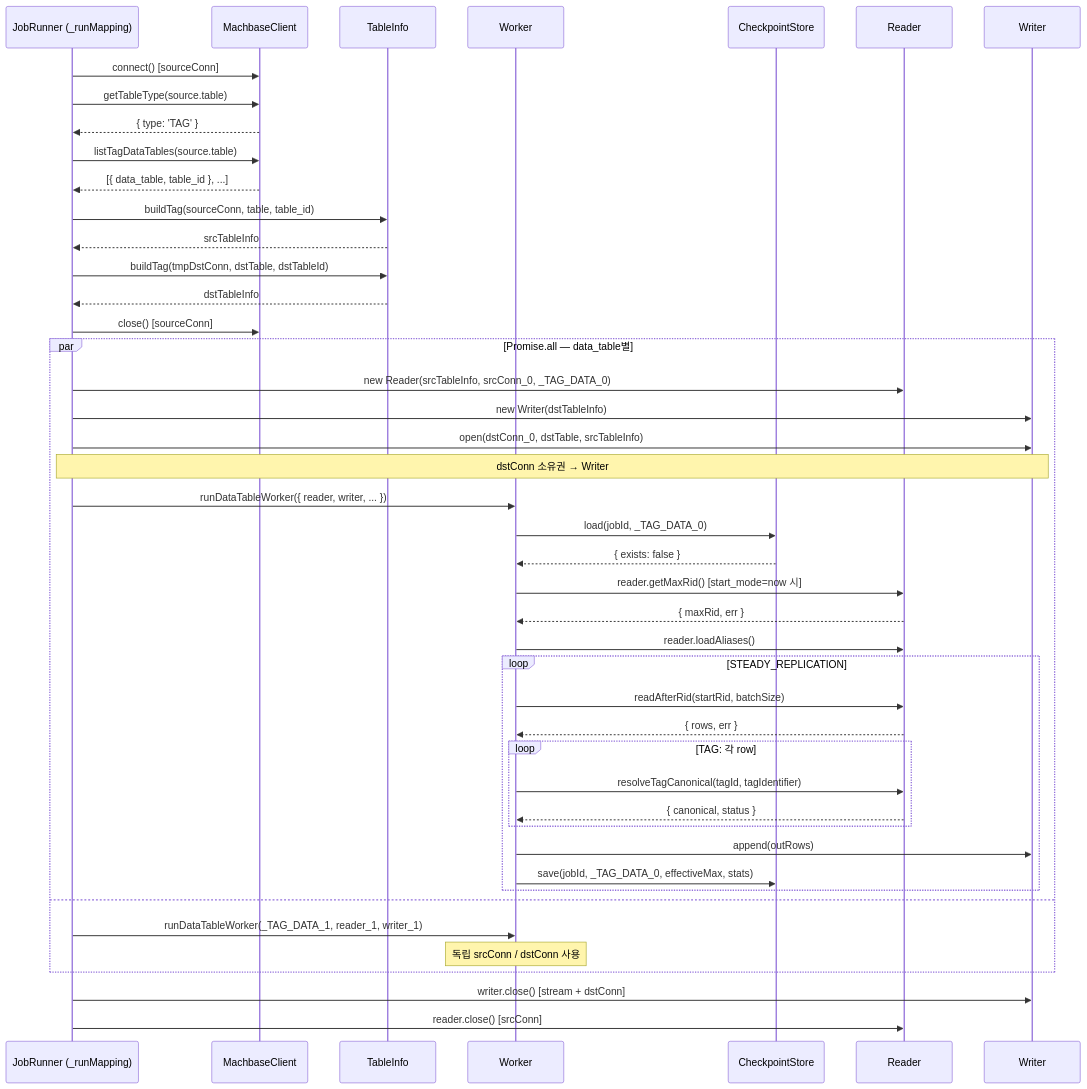
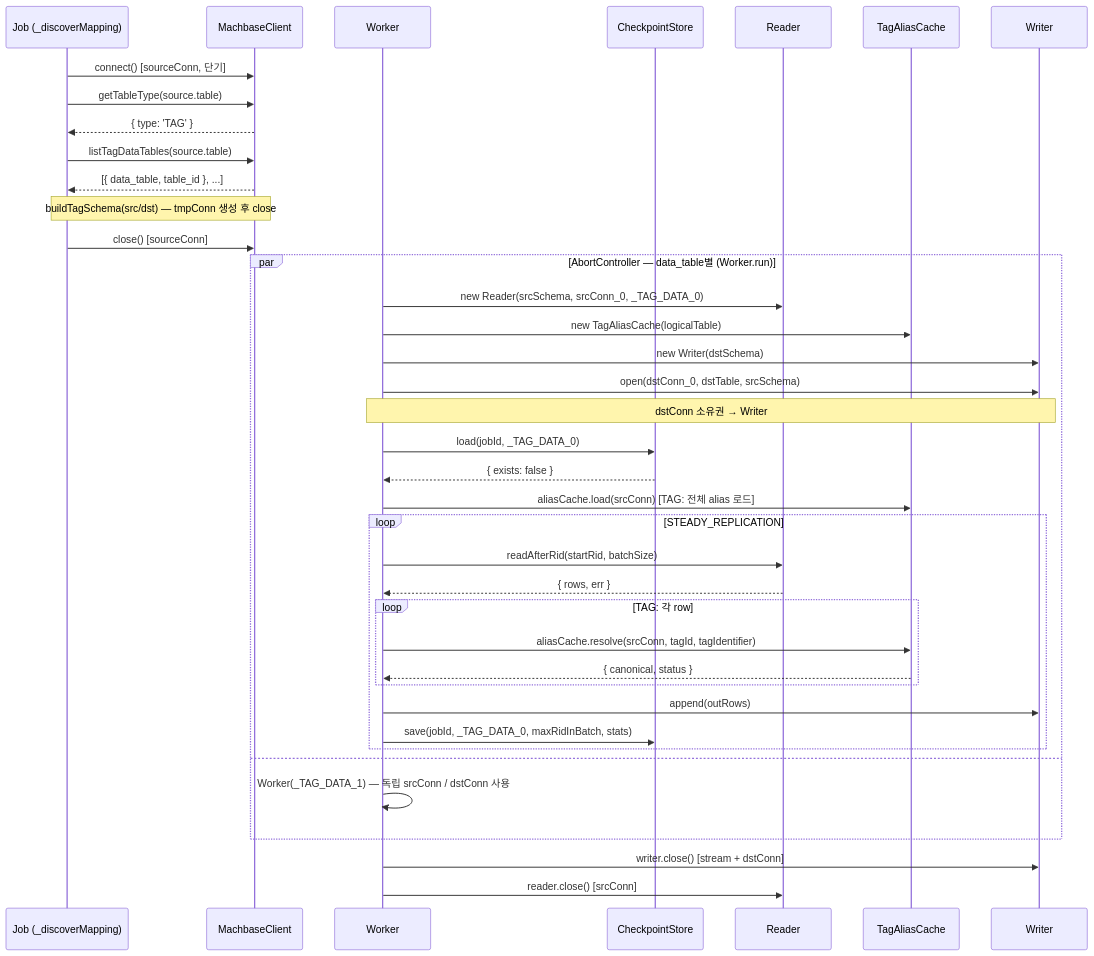
The fourth of 4 diagrams in docs/PROJECT.md (machbase/neo-pkg-replication), drawn with Mermaid before and after one commit. The commit also changed other lines of this file and 3 other files, not shown here.

````diff
--- a/docs/PROJECT.md
+++ b/docs/PROJECT.md
@@ -1013,52 +985,46 @@
 ```mermaid
 sequenceDiagram
-    participant JR as JobRunner (_runMapping)
+    participant Job as Job (_discoverMapping)
     participant MC as MachbaseClient
-    participant TI as TableInfo
     participant W as Worker
     participant CP as CheckpointStore
     participant R as Reader
+    participant AC as TagAliasCache
     participant WR as Writer
 
-    JR->>MC: connect() [sourceConn]
-    JR->>MC: getTableType(source.table)
-    MC-->>JR: { type: 'TAG' }
-    JR->>MC: listTagDataTables(source.table)
-    MC-->>JR: [{ data_table, table_id }, ...]
-    JR->>TI: buildTag(sourceConn, table, table_id)
-    TI-->>JR: srcTableInfo
-    JR->>TI: buildTag(tmpDstConn, dstTable, dstTableId)
-    TI-->>JR: dstTableInfo
-    JR->>MC: close() [sourceConn]
+    Job->>MC: connect() [sourceConn, 단기]
+    Job->>MC: getTableType(source.table)
+    MC-->>Job: { type: 'TAG' }
+    Job->>MC: listTagDataTables(source.table)
+    MC-->>Job: [{ data_table, table_id }, ...]
+    Note over Job,MC: buildTagSchema(src/dst) — tmpConn 생성 후 close
+    Job->>MC: close() [sourceConn]
 
-    par Promise.all — data_table별
-        JR->>R: new Reader(srcTableInfo, srcConn_0, _TAG_DATA_0)
-        JR->>WR: new Writer(dstTableInfo)
-        JR->>WR: open(dstConn_0, dstTable, srcTableInfo)
-        Note over JR,WR: dstConn 소유권 → Writer
+    par AbortController — data_table별 (Worker.run)
+        W->>R: new Reader(srcSchema, srcConn_0, _TAG_DATA_0)
+        W->>AC: new TagAliasCache(logicalTable)
+        W->>WR: new Writer(dstSchema)
+        W->>WR: open(dstConn_0, dstTable, srcSchema)
+        Note over W,WR: dstConn 소유권 → Writer
 
-        JR->>W: runDataTableWorker({ reader, writer, ... })
         W->>CP: load(jobId, _TAG_DATA_0)
         CP-->>W: { exists: false }
-        W->>R: reader.getMaxRid() [start_mode=now 시]
-        R-->>W: { maxRid, err }
-        W->>R: reader.loadAliases()
+        W->>AC: aliasCache.load(srcConn) [TAG: 전체 alias 로드]
 
         loop STEADY_REPLICATION
             W->>R: readAfterRid(startRid, batchSize)
             R-->>W: { rows, err }
             loop TAG: 각 row
-                W->>R: resolveTagCanonical(tagId, tagIdentifier)
-                R-->>W: { canonical, status }
+                W->>AC: aliasCache.resolve(srcConn, tagId, tagIdentifier)
+                AC-->>W: { canonical, status }
             end
             W->>WR: append(outRows)
-            W->>CP: save(jobId, _TAG_DATA_0, effectiveMax, stats)
+            W->>CP: save(jobId, _TAG_DATA_0, maxRidInBatch, stats)
         end
     and
-        JR->>W: runDataTableWorker(_TAG_DATA_1, reader_1, writer_1)
-        Note over W: 독립 srcConn / dstConn 사용
+        W->>W: Worker(_TAG_DATA_1) — 독립 srcConn / dstConn 사용
     end
 
-    JR->>WR: writer.close() [stream + dstConn]
-    JR->>R: reader.close() [srcConn]
+    W->>WR: writer.close() [stream + dstConn]
+    W->>R: reader.close() [srcConn]
 ```
````
